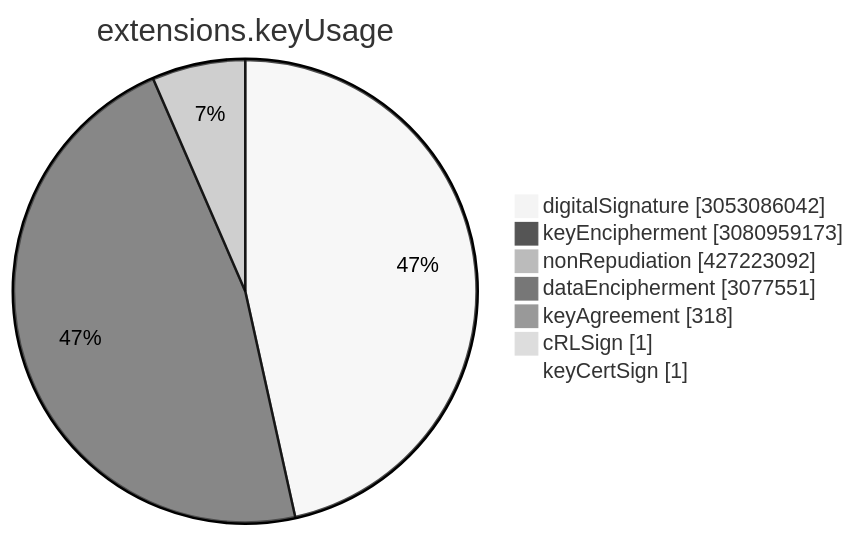
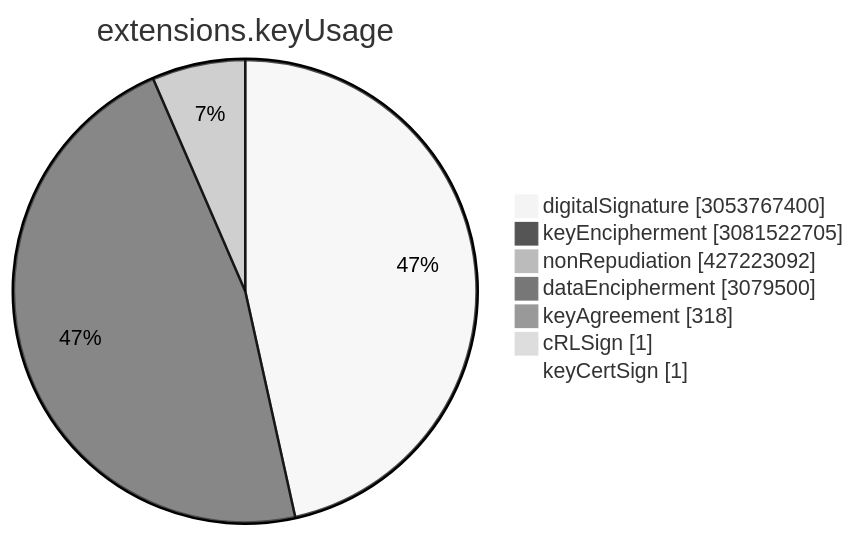
Before and after one commit to christiankrug/ctmonitor_visualization: the sixth of 15 diagrams in TOTAL/README.md, drawn with Mermaid (neutral theme). The commit also changed other lines of this file, not shown here.

````diff
--- a/TOTAL/README.md
+++ b/TOTAL/README.md
@@ -3075,11 +3075,11 @@
 ```mermaid
 pie showData
 title extensions.keyUsage
-"digitalSignature" :3053086042
-"keyEncipherment" :3080959173
+"digitalSignature" :3053767400
+"keyEncipherment" :3081522705
 "nonRepudiation" :427223092
-"dataEncipherment" :3077551
+"dataEncipherment" :3079500
 "keyAgreement" :318
 "cRLSign" :1
 "keyCertSign" :1
 ```
````
